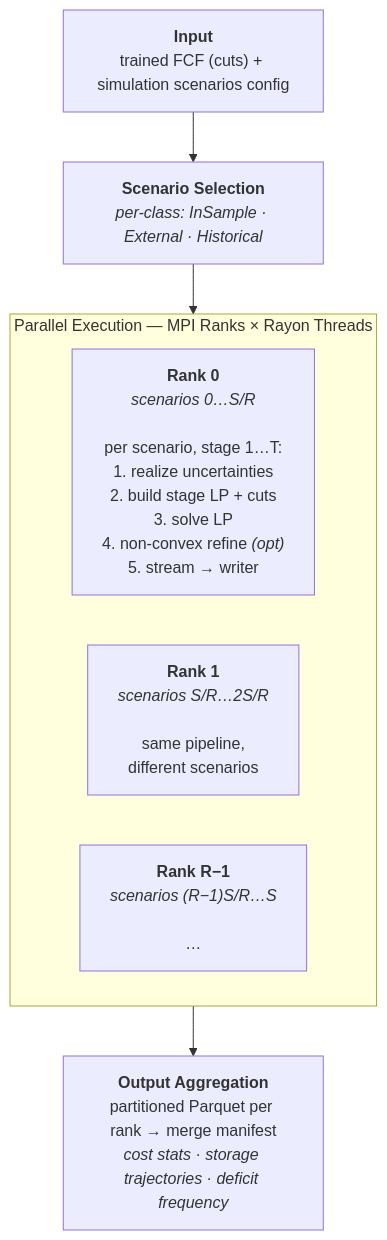
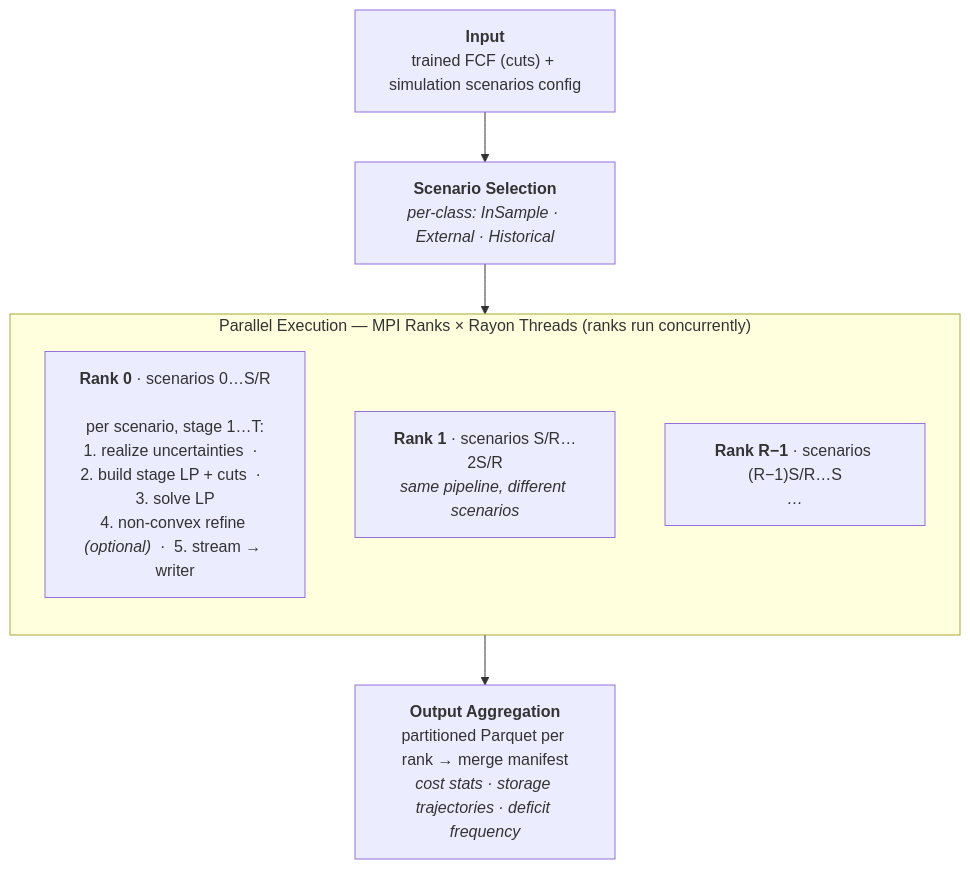
The diagram in src/specs/architecture/simulation-architecture.md (cobre-rs/cobre-docs), drawn with Mermaid before and after one commit. The commit also changed 5 other files, not shown here.

````diff
--- a/src/specs/architecture/simulation-architecture.md
+++ b/src/specs/architecture/simulation-architecture.md
@@ -17,14 +17,14 @@
 ```mermaid
 flowchart TB
     IN["<b>Input</b><br/>trained FCF (cuts) + simulation scenarios config"]
     SEL["<b>Scenario Selection</b><br/><i>per-class: InSample · External · Historical</i>"]
-    subgraph PE ["Parallel Execution — MPI Ranks × Rayon Threads"]
-        direction LR
-        R0["<b>Rank 0</b><br/><i>scenarios 0…S/R</i><br/><br/>per scenario, stage 1…T:<br/>1. realize uncertainties<br/>2. build stage LP + cuts<br/>3. solve LP<br/>4. non-convex refine <i>(opt)</i><br/>5. stream → writer"]
-        R1["<b>Rank 1</b><br/><i>scenarios S/R…2S/R</i><br/><br/>same pipeline,<br/>different scenarios"]
-        RD["<b>Rank R−1</b><br/><i>scenarios (R−1)S/R…S</i><br/><br/>…"]
+    subgraph PE ["Parallel Execution — MPI Ranks × Rayon Threads (ranks run concurrently)"]
+        direction TB
+        R0["<b>Rank 0</b> · scenarios 0…S/R<br/><br/>per scenario, stage 1…T:<br/>1. realize uncertainties  ·  2. build stage LP + cuts  ·  3. solve LP<br/>4. non-convex refine <i>(optional)</i>  ·  5. stream → writer"]
+        R1["<b>Rank 1</b> · scenarios S/R…2S/R<br/><i>same pipeline, different scenarios</i>"]
+        RD["<b>Rank R−1</b> · scenarios (R−1)S/R…S<br/><i>…</i>"]
     end
     OUT["<b>Output Aggregation</b><br/>partitioned Parquet per rank → merge manifest<br/><i>cost stats · storage trajectories · deficit frequency</i>"]
 
     IN --> SEL --> PE --> OUT
 ```
````
